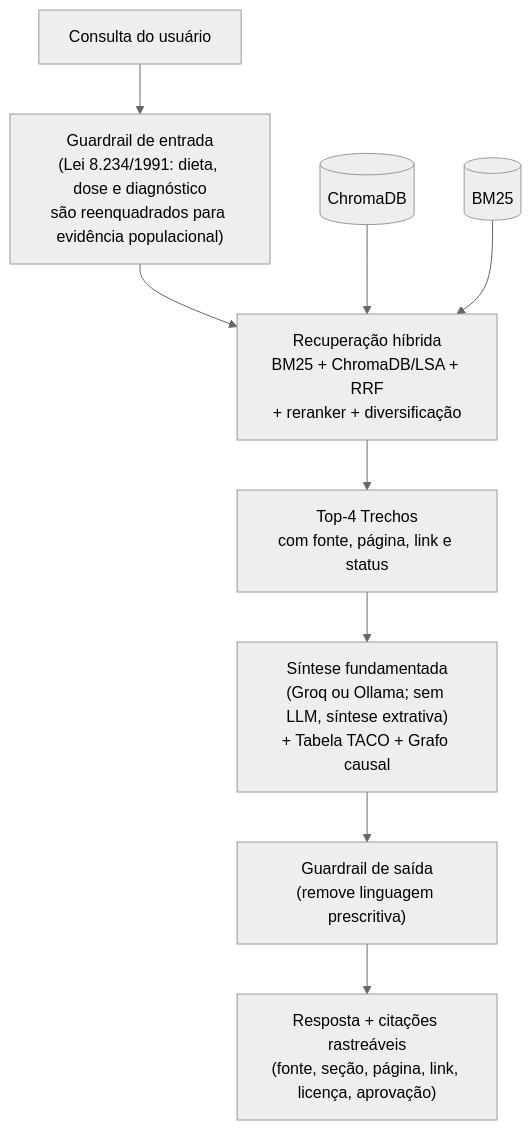
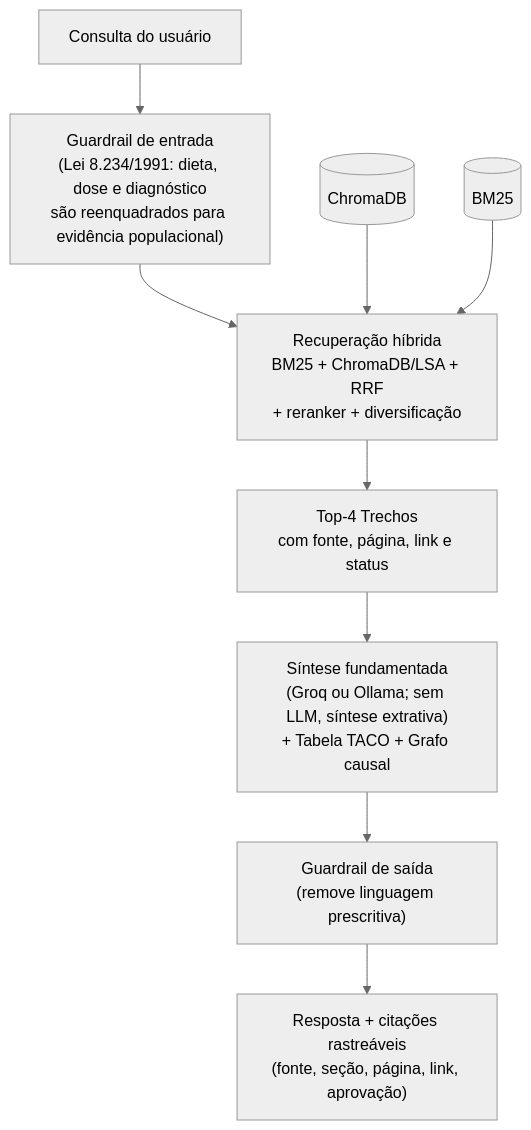
One commit to Cultiva-Challenge-2-Residencia-IA/CultivaProjetoFase1 changed the second of 2 diagrams in docs/entrega-rag-nutricao.md. Above: the diagram before and after it, drawn with Mermaid (neutral theme). The commit also changed other lines of this file and 7 other files, not shown here.

````diff
--- a/docs/entrega-rag-nutricao.md
+++ b/docs/entrega-rag-nutricao.md
@@ -89,11 +90,11 @@
 ```mermaid
 flowchart TD
     Q["Consulta do usuário"] --> GE["Guardrail de entrada<br/>(Lei 8.234/1991: dieta, dose e diagnóstico<br/>são reenquadrados para evidência populacional)"]
     GE --> HR["Recuperação híbrida<br/>BM25 + ChromaDB/LSA + RRF<br/>+ reranker + diversificação"]
     DB[("ChromaDB")] --> HR
     B[("BM25")] --> HR
     HR --> K["Top-4 Trechos<br/>com fonte, página, link e status"]
     K --> S["Síntese fundamentada<br/>(Groq ou Ollama; sem LLM, síntese extrativa)<br/>+ Tabela TACO + Grafo causal"]
     S --> GS["Guardrail de saída<br/>(remove linguagem prescritiva)"]
-    GS --> R["Resposta + citações rastreáveis<br/>(fonte, seção, página, link, licença, aprovação)"]
+    GS --> R["Resposta + citações rastreáveis<br/>(fonte, seção, página, link, aprovação)"]
 ```
````
